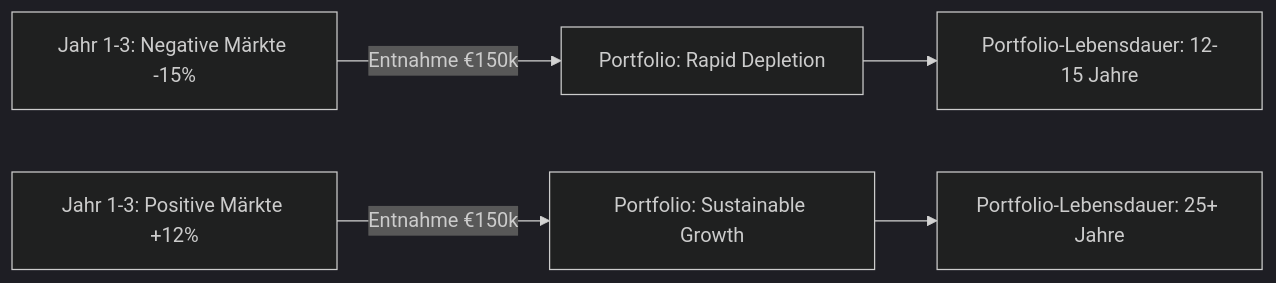
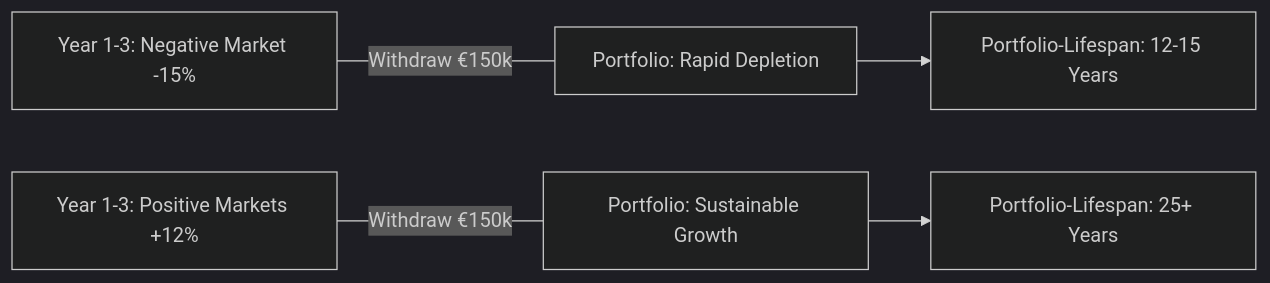
Before and after one commit to satwareAG/satware.ai: the second of 3 diagrams in docs/blog/posts/2025-05-25-sequential-thinking-revolution.md, drawn with Mermaid (dark theme). The commit also changed other lines of this file, not shown here.

````diff
--- a/docs/blog/posts/2025-05-25-sequential-thinking-revolution.md
+++ b/docs/blog/posts/2025-05-25-sequential-thinking-revolution.md
@@ -139,8 +144,8 @@
 ```mermaid
 graph LR
-    A[Jahr 1-3: Negative Märkte -15%] -->|Entnahme €150k| B[Portfolio: Rapid Depletion]
-    C[Jahr 1-3: Positive Märkte +12%] -->|Entnahme €150k| D[Portfolio: Sustainable Growth]
+    A[Year 1-3: Negative Market -15%] ---|Withdraw €150k| B[Portfolio: Rapid Depletion]
+    C[Year 1-3: Positive Markets +12%] ---|Withdraw €150k| D[Portfolio: Sustainable Growth]
     
-    B --> E[Portfolio-Lebensdauer: 12-15 Jahre]
-    D --> F[Portfolio-Lebensdauer: 25+ Jahre]
+    B --> E[Portfolio-Lifespan: 12-15 Years]
+    D --> F[Portfolio-Lifespan: 25+ Years]
 ```
````
